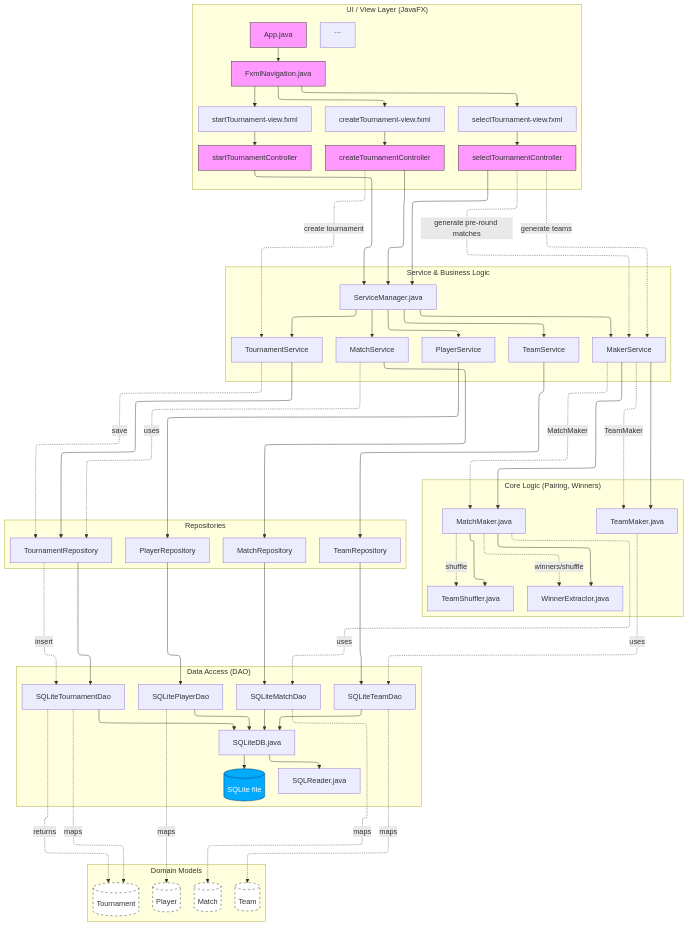
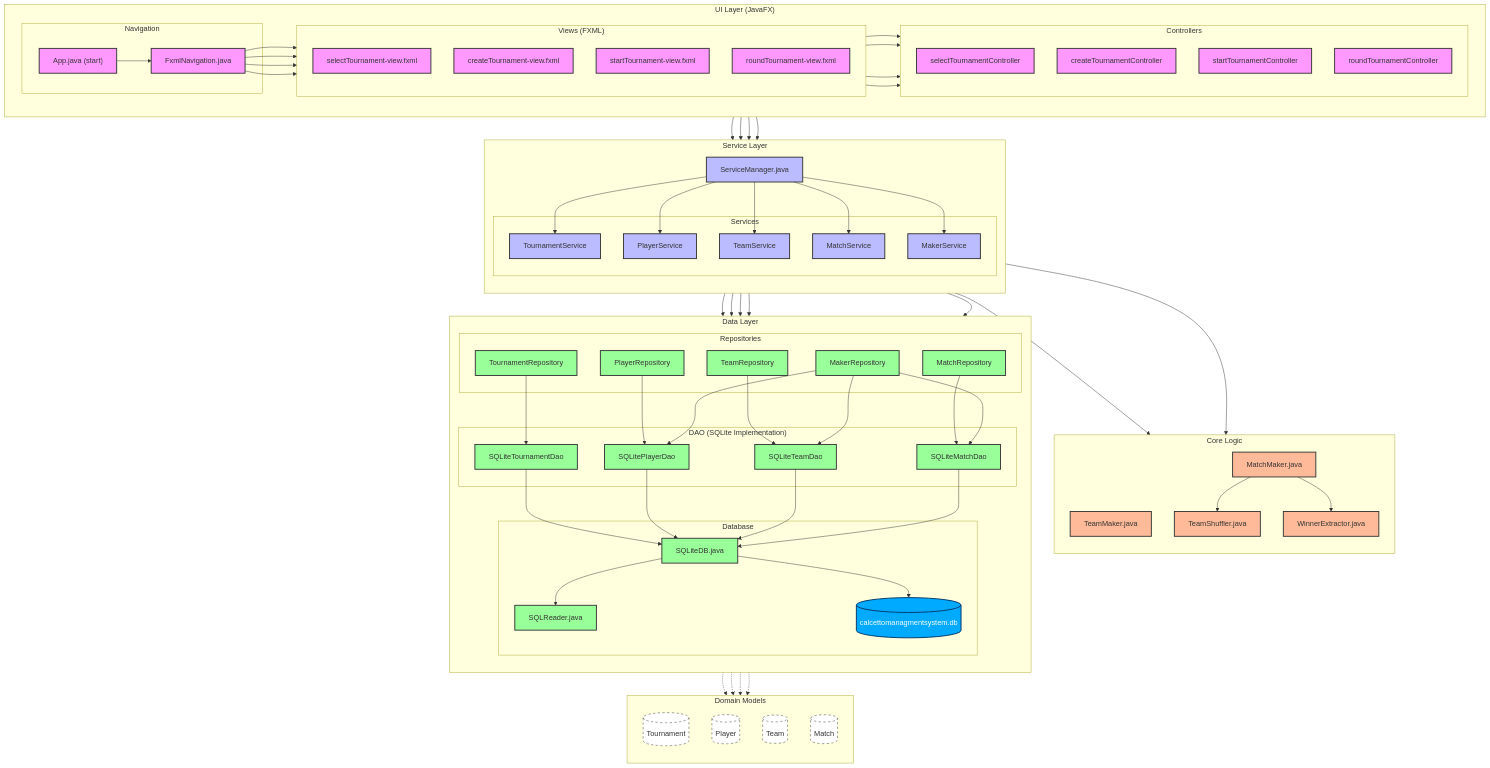
Before and after one commit to alex1009-system32/CalcettoManagementSystem: the diagram in project-flowchart.mmd, drawn with Mermaid.

````diff
--- a/project-flowchart.mmd
+++ b/project-flowchart.mmd
@@ -1,117 +1,123 @@
----
-config:
-  layout: elk
----
-flowchart TD
-subgraph UI_Layer ["UI / View Layer (JavaFX)"]
-APP[App.java]
-NAV_FXML[FxmlNavigation.java]
+graph TD
+    subgraph "UI Layer (JavaFX)"
+        direction LR
+        subgraph "Navigation"
+            APP["App.java (start)"] --> NAV_FXML["FxmlNavigation.java"]
+        end
+        subgraph "Views (FXML)"
+            direction TB
+            FXML_SELECT["selectTournament-view.fxml"]
+            FXML_CREATE["createTournament-view.fxml"]
+            FXML_START["startTournament-view.fxml"]
+            FXML_ROUND["roundTournament-view.fxml"]
+        end
+        subgraph "Controllers"
+            direction TB
+            CTRL_SELECT["selectTournamentController"]
+            CTRL_CREATE["createTournamentController"]
+            CTRL_START["startTournamentController"]
+            CTRL_ROUND["roundTournamentController"]
+        end
+    end
 
-```
-FXML_SELECT[selectTournament-view.fxml]
-FXML_CREATE[createTournament-view.fxml]
-FXML_START[startTournament-view.fxml]
+    subgraph "Service Layer"
+        direction TB
+        MGR["ServiceManager.java"]
+        subgraph "Services"
+            SVC_T["TournamentService"]
+            SVC_P["PlayerService"]
+            SVC_TM["TeamService"]
+            SVC_M["MatchService"]
+            SVC_MKR["MakerService"]
+        end
+    end
 
-CTRL_SELECT[selectTournamentController]
-CTRL_CREATE[createTournamentController]
-CTRL_START[startTournamentController]
-```
-end
-subgraph Service_Layer ["Service & Business Logic"]
-MGR[ServiceManager.java]
+    subgraph "Core Logic"
+        direction TB
+        CORE_TM["TeamMaker.java"]
+        CORE_MM["MatchMaker.java"]
+        CORE_SHUFFLER["TeamShuffler.java"]
+        CORE_WINNER["WinnerExtractor.java"]
+    end
 
-```
-SVC_T[TournamentService]
-SVC_P[PlayerService]
-SVC_TM[TeamService]
-SVC_M[MatchService]
+    subgraph "Data Layer"
+        direction TB
+        subgraph "Repositories"
+            REPO_T["TournamentRepository"]
+            REPO_P["PlayerRepository"]
+            REPO_TM["TeamRepository"]
+            REPO_M["MatchRepository"]
+            REPO_MKR["MakerRepository"]
+        end
+        subgraph "DAO (SQLite Implementation)"
+            DAO_T["SQLiteTournamentDao"]
+            DAO_P["SQLitePlayerDao"]
+            DAO_TM["SQLiteTeamDao"]
+            DAO_M["SQLiteMatchDao"]
+        end
+        subgraph "Database"
+            DB_CONN["SQLiteDB.java"] --> SQL_R["SQLReader.java"]
+            DB_CONN --> SQLITE[("calcettomanagmentsystem.db")]
+        end
+    end
 
-REPO_MKR[MakerService]
-```
-end
-subgraph Core_Layer ["Core Logic (Pairing, Winners)"]
-CORE_TM[TeamMaker.java]
-CORE_MM[MatchMaker.java]
-CORE_SHUFFLER[TeamShuffler.java]
-CORE_WINNER[WinnerExtractor.java]
-end
-subgraph Repository_Layer ["Repositories"]
-REPO_T[TournamentRepository]
-REPO_P[PlayerRepository]
-REPO_TM[TeamRepository]
-REPO_M[MatchRepository]
-end
-subgraph Data_Layer ["Data Access (DAO)"]
-DAO_T[SQLiteTournamentDao]
-DAO_P[SQLitePlayerDao]
-DAO_TM[SQLiteTeamDao]
-DAO_M[SQLiteMatchDao]
-DB_CONN[SQLiteDB.java]
-SQL_R[SQLReader.java]
-SQLITE[(SQLite file)]
-end
-subgraph Domain_Layer ["Domain Models"]
-MODEL_T[(Tournament)]
-MODEL_P[(Player)]
-MODEL_TM[(Team)]
-MODEL_M[(Match)]
-end
-APP --> NAV_FXML
-NAV_FXML --> FXML_SELECT
-NAV_FXML --> FXML_CREATE
-NAV_FXML --> FXML_START
+    subgraph "Domain Models"
+        direction TB
+        MODEL_T[("Tournament")]
+        MODEL_P[("Player")]
+        MODEL_TM[("Team")]
+        MODEL_M[("Match")]
+    end
 
-FXML_SELECT --> CTRL_SELECT
-FXML_CREATE --> CTRL_CREATE
-FXML_START --> CTRL_START
-CTRL_SELECT --> MGR
-CTRL_CREATE --> MGR
-CTRL_START --> MGR
-MGR --> SVC_T
-MGR --> SVC_P
-MGR --> SVC_TM
-MGR --> SVC_M
-MGR --> REPO_MKR
-SVC_T --> REPO_T
-SVC_P --> REPO_P
-SVC_TM --> REPO_TM
-SVC_M --> REPO_M
-SVC_M -. uses .-> REPO_T
-REPO_MKR --> CORE_TM
-REPO_MKR --> CORE_MM
-CORE_MM --> CORE_SHUFFLER
-CORE_MM --> CORE_WINNER
-REPO_T --> DAO_T
-REPO_P --> DAO_P
-REPO_TM --> DAO_TM
-REPO_M --> DAO_M
-DAO_T --> DB_CONN
-DAO_P --> DB_CONN
-DAO_TM --> DB_CONN
-DAO_M --> DB_CONN
-DB_CONN --> SQL_R
-DB_CONN --> SQLITE
-DAO_T -. maps .-> MODEL_T
-DAO_P -. maps .-> MODEL_P
-DAO_TM -. maps .-> MODEL_TM
-DAO_M -. maps .-> MODEL_M
-CTRL_CREATE -. create tournament .-> SVC_T
-SVC_T -. save .-> REPO_T
-REPO_T -. insert .-> DAO_T
-DAO_T -. returns .-> MODEL_T
+    %% --- Relationships ---
 
-CTRL_SELECT -. generate teams .-> REPO_MKR
-REPO_MKR -. TeamMaker .-> CORE_TM
-CORE_TM -. uses .-> DAO_TM
+    %% UI Flow
+    NAV_FXML --> FXML_SELECT & FXML_CREATE & FXML_START & FXML_ROUND
+    FXML_SELECT --> CTRL_SELECT
+    FXML_CREATE --> CTRL_CREATE
+    FXML_START --> CTRL_START
+    FXML_ROUND --> CTRL_ROUND
 
-CTRL_SELECT -. generate pre-round matches .-> REPO_MKR
-REPO_MKR -. MatchMaker .-> CORE_MM
-CORE_MM -. uses .-> DAO_M
-CORE_MM -. winners/shuffle .-> CORE_WINNER
-CORE_MM -. shuffle .-> CORE_SHUFFLER
-classDef model fill:#fff,stroke:#333,stroke-dasharray: 5 5
-class MODEL_T,MODEL_P,MODEL_TM,MODEL_M model
-classDef db fill:#0af,color:#fff,stroke:#036
-class SQLITE db
-classDef ui fill:#f9f,stroke:#333
-class APP,NAV_FXML,CTRL_SELECT,CTRL_CREATE,CTRL_START ui
+    %% Controller to Service
+    CTRL_SELECT & CTRL_CREATE & CTRL_START & CTRL_ROUND --> MGR
+    MGR --> SVC_T & SVC_P & SVC_TM & SVC_M & SVC_MKR
+
+    %% Service to Repos/Logic
+    SVC_T --> REPO_T
+    SVC_P --> REPO_P
+    SVC_TM --> REPO_TM
+    SVC_M --> REPO_M
+    SVC_MKR --> REPO_MKR
+    
+    SVC_MKR --> CORE_TM & CORE_MM
+    CORE_MM --> CORE_SHUFFLER & CORE_WINNER
+
+    %% Data Mapping
+    REPO_T --> DAO_T
+    REPO_P --> DAO_P
+    REPO_TM --> DAO_TM
+    REPO_M --> DAO_M
+    REPO_MKR --> DAO_TM & DAO_M & DAO_P
+    
+    DAO_T & DAO_P & DAO_TM & DAO_M --> DB_CONN
+
+    %% Model Usage (Dashed lines for mapping)
+    DAO_T -.-> MODEL_T
+    DAO_P -.-> MODEL_P
+    DAO_TM -.-> MODEL_TM
+    DAO_M -.-> MODEL_M
+
+    %% Styling
+    classDef ui fill:#f9f,stroke:#333,stroke-width:2px
+    classDef service fill:#bbf,stroke:#333,stroke-width:2px
+    classDef core fill:#fb9,stroke:#333,stroke-width:2px
+    classDef data fill:#9f9,stroke:#333,stroke-width:2px
+    classDef db fill:#0af,color:#fff,stroke:#036,stroke-width:2px
+    classDef model fill:#fff,stroke:#333,stroke-dasharray: 5 5
+
+    class APP,NAV_FXML,FXML_SELECT,FXML_CREATE,FXML_START,FXML_ROUND,CTRL_SELECT,CTRL_CREATE,CTRL_START,CTRL_ROUND ui
+    class MGR,SVC_T,SVC_P,SVC_TM,SVC_M,SVC_MKR service
+    class CORE_TM,CORE_MM,CORE_SHUFFLER,CORE_WINNER core
+    class REPO_T,REPO_P,REPO_TM,REPO_M,REPO_MKR,DAO_T,DAO_P,DAO_TM,DAO_M,DB_CONN,SQL_R data
+    class SQLITE db
+    class MODEL_T,MODEL_P,MODEL_TM,MODEL_M model
````
